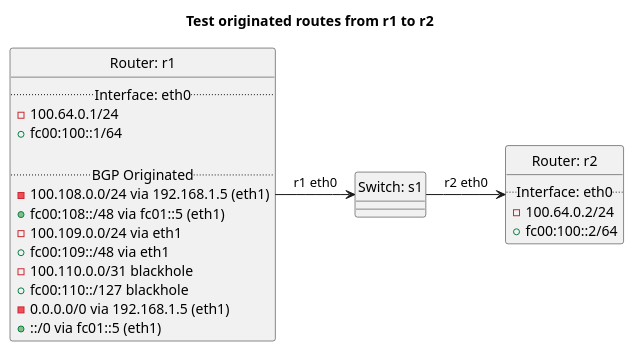
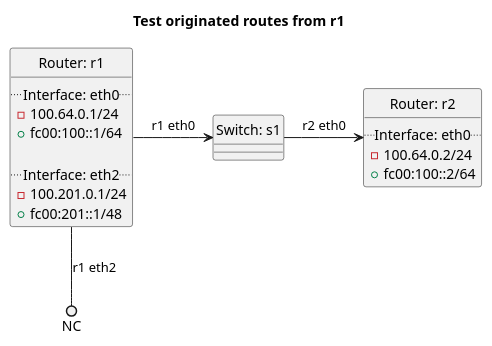
Before and after one commit to oscdev-io/birdplan: the diagram in tests/t40_bgp/t37_redistribute_originated/README.md, drawn with PlantUML. The commit also changed other lines of this file and 1499 other files, not shown here.

````diff
--- a/tests/t40_bgp/t37_redistribute_originated/README.md
+++ b/tests/t40_bgp/t37_redistribute_originated/README.md
@@ -25,38 +22,33 @@
 ```plantuml
 @startuml
 hide circle
-title Test originated routes from r1 to r2
+title Test originated routes from r1
 
 
 class "Router: r1" {
   .. Interface: eth0 ..
 - 100.64.0.1/24
 + fc00:100::1/64
 
-  .. BGP Originated ..
-- 100.108.0.0/24 via 192.168.1.5 (eth1)
-+ fc00:108::/48 via fc01::5 (eth1)
-- 100.109.0.0/24 via eth1
-+ fc00:109::/48 via eth1
-- 100.110.0.0/31 blackhole
-+ fc00:110::/127 blackhole
-- 0.0.0.0/0 via 192.168.1.5 (eth1)
-+ ::/0 via fc01::5 (eth1)
+  .. Interface: eth2 ..
+- 100.201.0.1/24
++ fc00:201::1/48
 }
 
 
 class "Router: r2" {
   .. Interface: eth0 ..
 - 100.64.0.2/24
 + fc00:100::2/64
 }
 
 
 class "Switch: s1" {}
 
 
 "Router: r1" -> "Switch: s1": r1 eth0
 "Switch: s1" -> "Router: r2": r2 eth0
+"Router: r1" --() NC: r1 eth2
 
 @enduml
 ```
````
